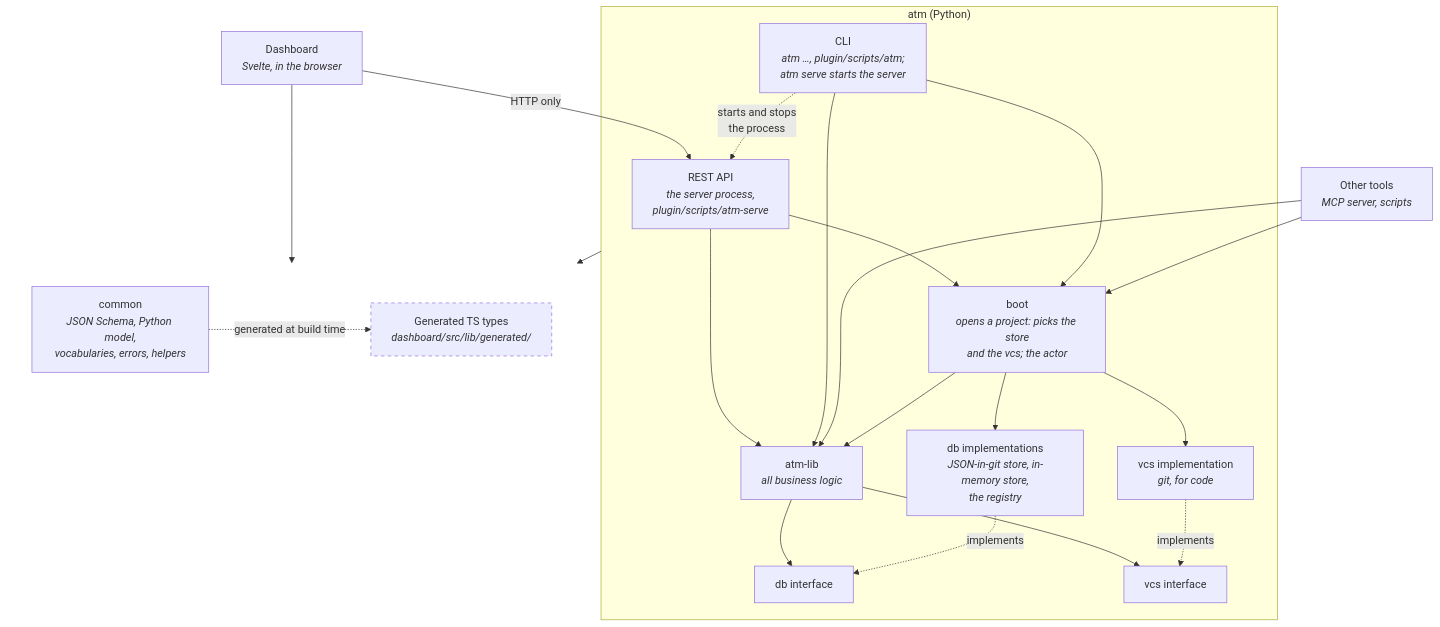
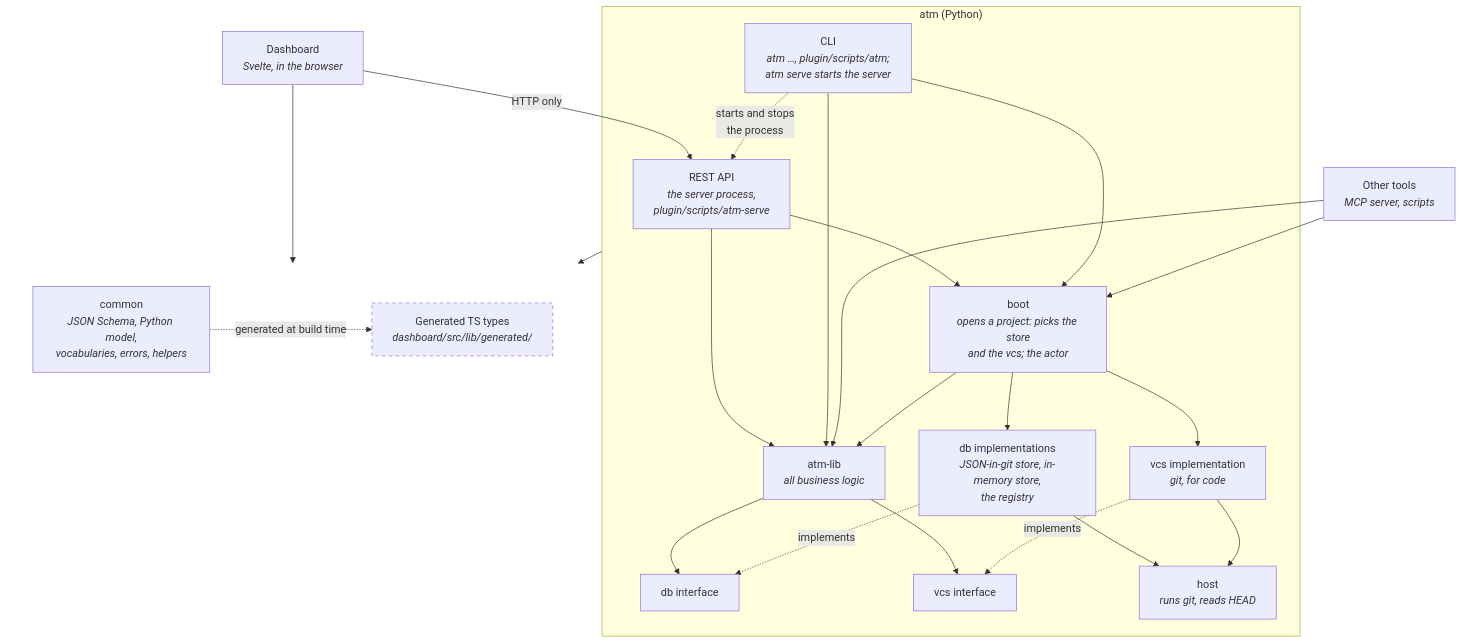
Before and after one commit to solo-swe/agentic-task-manager: the first of 2 diagrams in docs/layered-architecture.md, drawn with Mermaid. The commit also changed other lines of this file and 17 other files, not shown here.

Commit message:
feat(T-385): Layers gap 11.8: a host layer for running git and reading HEAD; one meaning of the branch

````diff
--- a/docs/layered-architecture.md
+++ b/docs/layered-architecture.md
@@ -25,45 +25,48 @@
 ```mermaid
 flowchart TD
     Dashboard["Dashboard<br/><i>Svelte, in the browser</i>"]
     Tools["Other tools<br/><i>MCP server, scripts</i>"]
 
     subgraph Python["atm (Python)"]
         API["REST API<br/><i>the server process,<br/>plugin/scripts/atm-serve</i>"]
         CLI["CLI<br/><i>atm …, plugin/scripts/atm;<br/>atm serve starts the server</i>"]
         Boot["boot<br/><i>opens a project: picks the store<br/>and the vcs; the actor</i>"]
         Lib["atm-lib<br/><i>all business logic</i>"]
         DbI["db interface"]
         VcsI["vcs interface"]
         Db["db implementations<br/><i>JSON-in-git store, in-memory store,<br/>the registry</i>"]
         Vcs["vcs implementation<br/><i>git, for code</i>"]
+        Host["host<br/><i>runs git, reads HEAD</i>"]
     end
 
     subgraph Shared[" "]
         direction LR
         Common["common<br/><i>JSON Schema, Python model,<br/>vocabularies, errors, helpers</i>"]
         TSTypes["Generated TS types<br/><i>dashboard/src/lib/generated/</i>"]
     end
 
     Dashboard -- "HTTP only" --> API
     CLI -. "starts and stops<br/>the process" .-> API
     API --> Lib
     CLI --> Lib
     API --> Boot
     CLI --> Boot
     Tools --> Lib
     Tools --> Boot
     Boot --> Lib
     Boot --> Db
     Boot --> Vcs
     Lib --> DbI
     Lib --> VcsI
     Db -. implements .-> DbI
     Vcs -. implements .-> VcsI
+    Db --> Host
+    Vcs --> Host
     Python --> Common
     Dashboard --> TSTypes
     Common -. "generated at build time" .-> TSTypes
 
     classDef generated stroke-dasharray: 5 5
     class TSTypes generated
     style Shared fill:none,stroke:none
 ```
````
